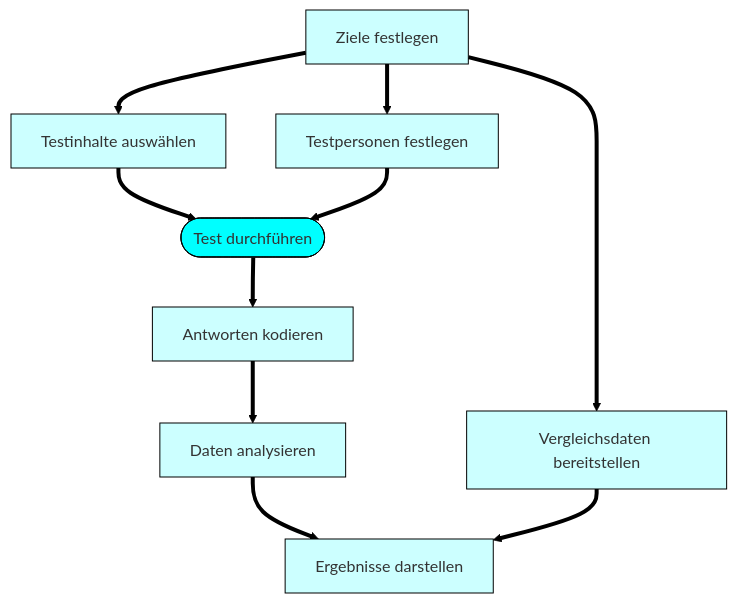
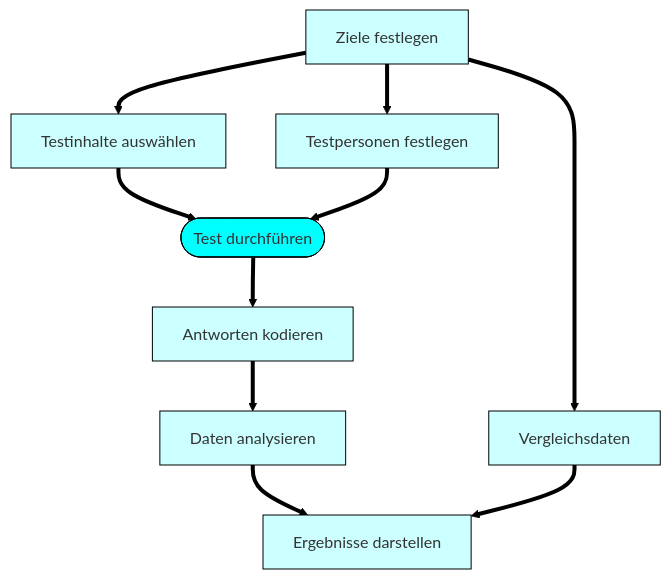
One commit to iqb-berlin/rising-stars changed the diagram in survey/index.qmd. Above: the diagram before and after it, drawn with Mermaid.

Commit message:
Fix main diagram

````diff
--- a/survey/index.qmd
+++ b/survey/index.qmd
@@ -8,25 +8,25 @@
 ```{mermaid}
 flowchart TD
     classDef test fill:#0ff,stroke:black;
     classDef others fill:#cff,stroke:black;
     goals[Ziele festlegen]:::others
     sc[Testinhalte auswählen]:::others
     td[Testpersonen festlegen]:::others
     tr([Test durchführen]):::test
     cr[Antworten kodieren]:::others
     ra[Daten analysieren]:::others
-    cd[Vergleichsdaten bereitstellen]:::others
+    cd[Vergleichsdaten]:::others
     fb[Ergebnisse darstellen]:::others
 
     goals ==> sc
     goals ==> td
     sc ==> tr
     td ==> tr
     tr ==> cr
     cr ==> ra
     ra ==> fb
     goals ==> cd
     cd ==> fb
     linkStyle 0,1,2,3,4,5,6,7,8 stroke:black,stroke-width:4px;
 
 ```
````
